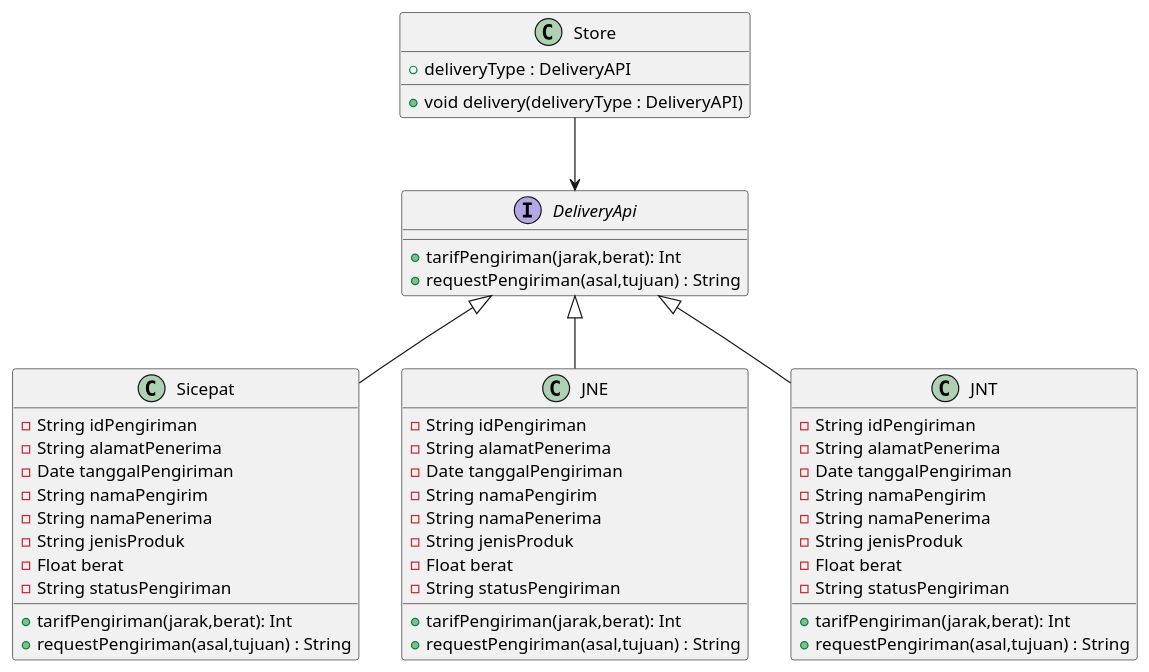
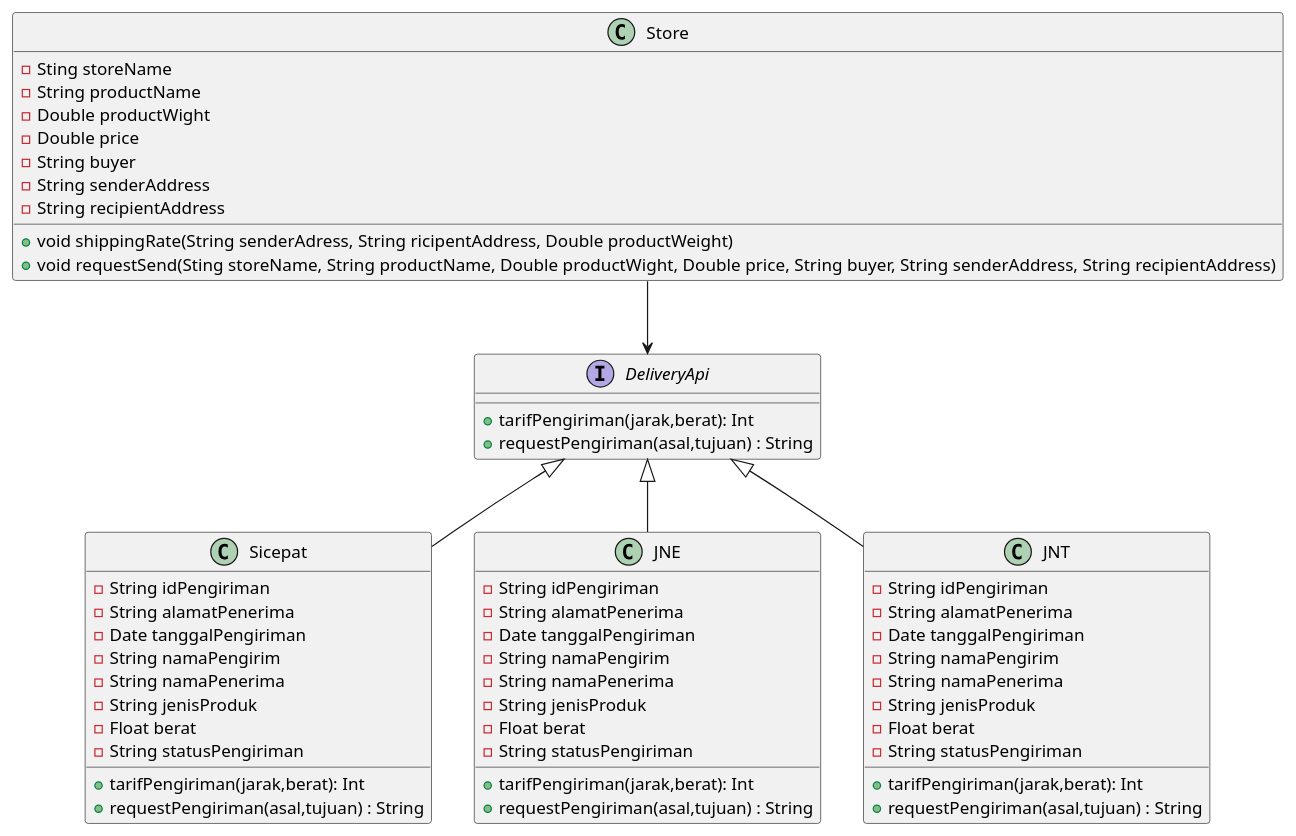
Before and after one commit to farhanzakiputra/pbpu-a-2022: the diagram in Kelompok 4/UML kelompok 4/UML Class Diagram Ecommerce.puml, drawn with PlantUML.

Commit message:
add atribute + update methode class store

```diff
--- a/Kelompok 4/UML kelompok 4/UML Class Diagram Ecommerce.puml
+++ b/Kelompok 4/UML kelompok 4/UML Class Diagram Ecommerce.puml
@@ -1,62 +1,70 @@
 @startuml E-commerce
 ' diagram style
 
 ' diagram relation
 DeliveryApi <|-- Sicepat
 DeliveryApi <|-- JNE
 DeliveryApi <|-- JNT
 Store --> DeliveryApi
 
 class Store{
-  + deliveryType : DeliveryAPI
-  + void delivery(deliveryType : DeliveryAPI)
+  -Sting storeName
+  -String productName
+  -Double productWight
+  -Double price
+  -String buyer
+  -String senderAddress
+  -String recipientAddress
+
+  +void shippingRate(String senderAdress, String ricipentAddress, Double productWeight)
+  +void requestSend(Sting storeName, String productName, Double productWight, Double price, String buyer, String senderAddress, String recipientAddress)
 }
 
 interface DeliveryApi{
     +tarifPengiriman(jarak,berat): Int
     +requestPengiriman(asal,tujuan) : String
 }
 
 Class Sicepat{
     -String idPengiriman
 	  -String alamatPenerima
 	  -Date tanggalPengiriman
 	  -String namaPengirim 
 	  -String namaPenerima
 	  -String jenisProduk
 	  -Float berat
 	  -String statusPengiriman
   
     +tarifPengiriman(jarak,berat): Int
     +requestPengiriman(asal,tujuan) : String
 }
 
 Class JNE{
     -String idPengiriman
 	  -String alamatPenerima
 	  -Date tanggalPengiriman
 	  -String namaPengirim 
 	  -String namaPenerima
 	  -String jenisProduk
   	-Float berat
   	-String statusPengiriman
   
     +tarifPengiriman(jarak,berat): Int
     +requestPengiriman(asal,tujuan) : String
 }
 
 Class JNT{
     -String idPengiriman
 	  -String alamatPenerima
 	  -Date tanggalPengiriman
 	  -String namaPengirim 
 	  -String namaPenerima
 	  -String jenisProduk
 	  -Float berat
 	  -String statusPengiriman
   
     +tarifPengiriman(jarak,berat): Int
     +requestPengiriman(asal,tujuan) : String
 }
 
 @enduml
```
